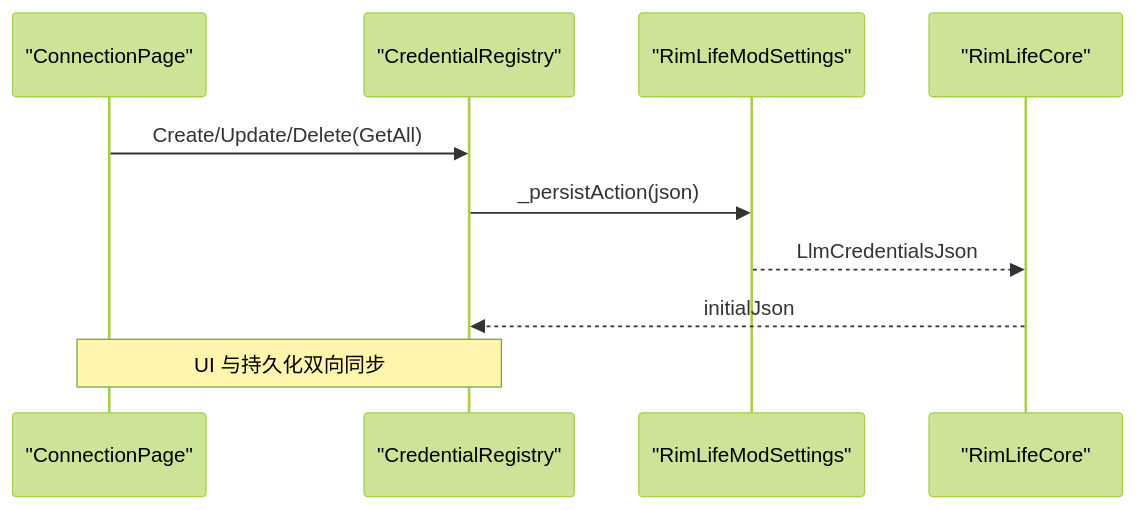
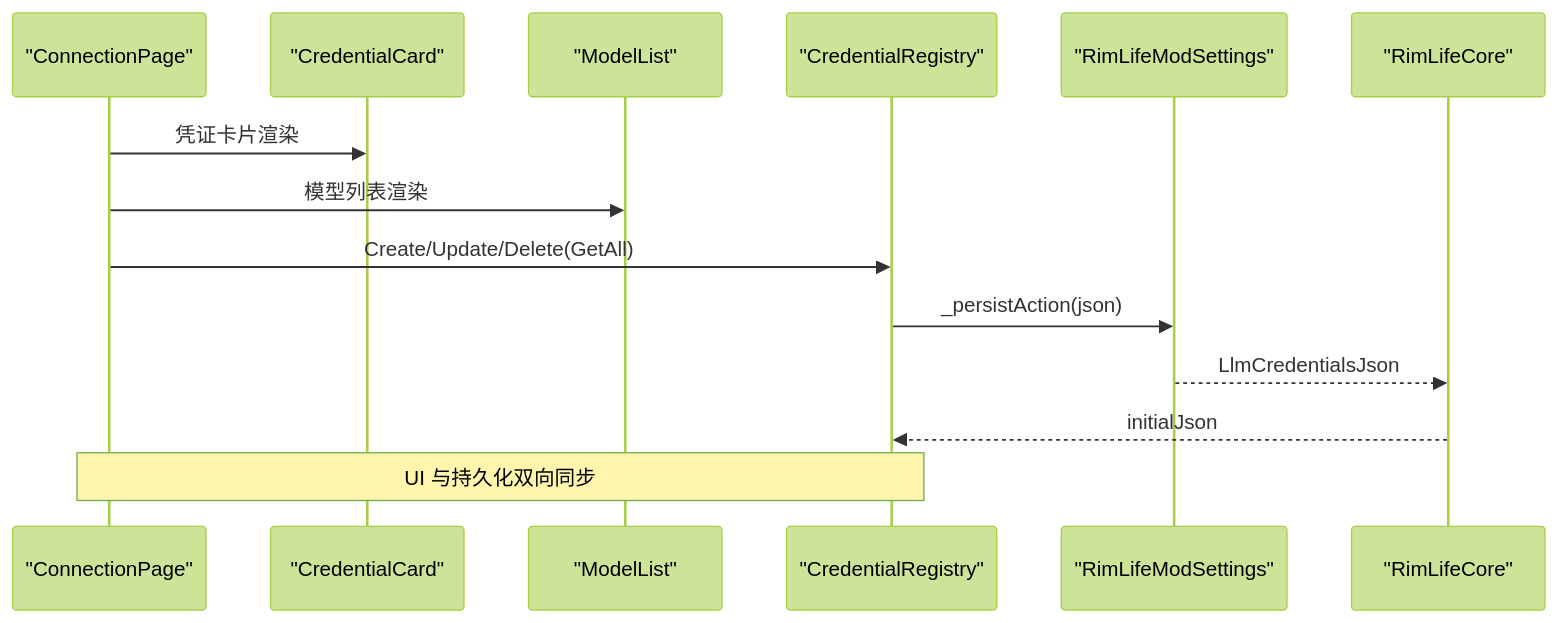
One commit to suzvka/RimLife changed the ninth of 10 diagrams in .qoder/repowiki/zh/content/用户界面系统/连接配置页面.md. Above: the diagram before and after it, drawn with Mermaid (forest theme). The commit also changed other lines of this file and 19 other files, not shown here.

````diff
--- a/.qoder/repowiki/zh/content/用户界面系统/连接配置页面.md
+++ b/.qoder/repowiki/zh/content/用户界面系统/连接配置页面.md
@@ -337,12 +440,16 @@
 ```mermaid
 sequenceDiagram
 participant UI as "ConnectionPage"
+participant CC as "CredentialCard"
+participant ML as "ModelList"
 participant CR as "CredentialRegistry"
 participant RS as "RimLifeModSettings"
 participant RC as "RimLifeCore"
+UI->>CC : 凭证卡片渲染
+UI->>ML : 模型列表渲染
 UI->>CR : Create/Update/Delete(GetAll)
 CR->>RS : _persistAction(json)
 RS-->>RC : LlmCredentialsJson
 RC-->>CR : initialJson
 Note over UI,CR : UI 与持久化双向同步
 ```
````
